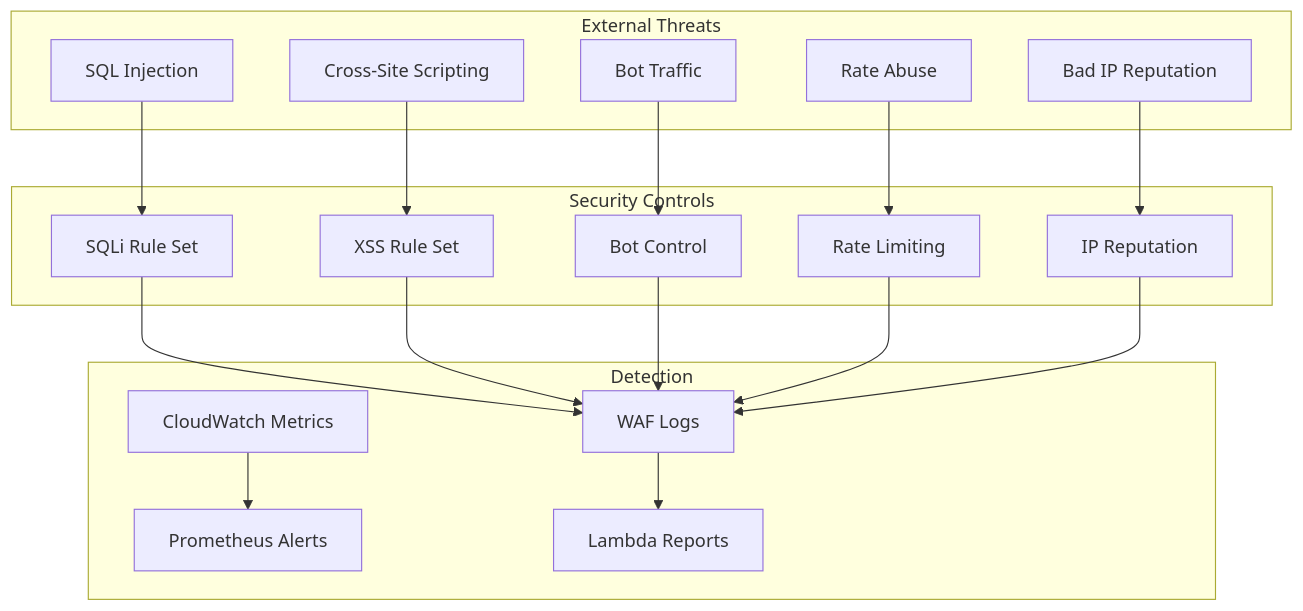
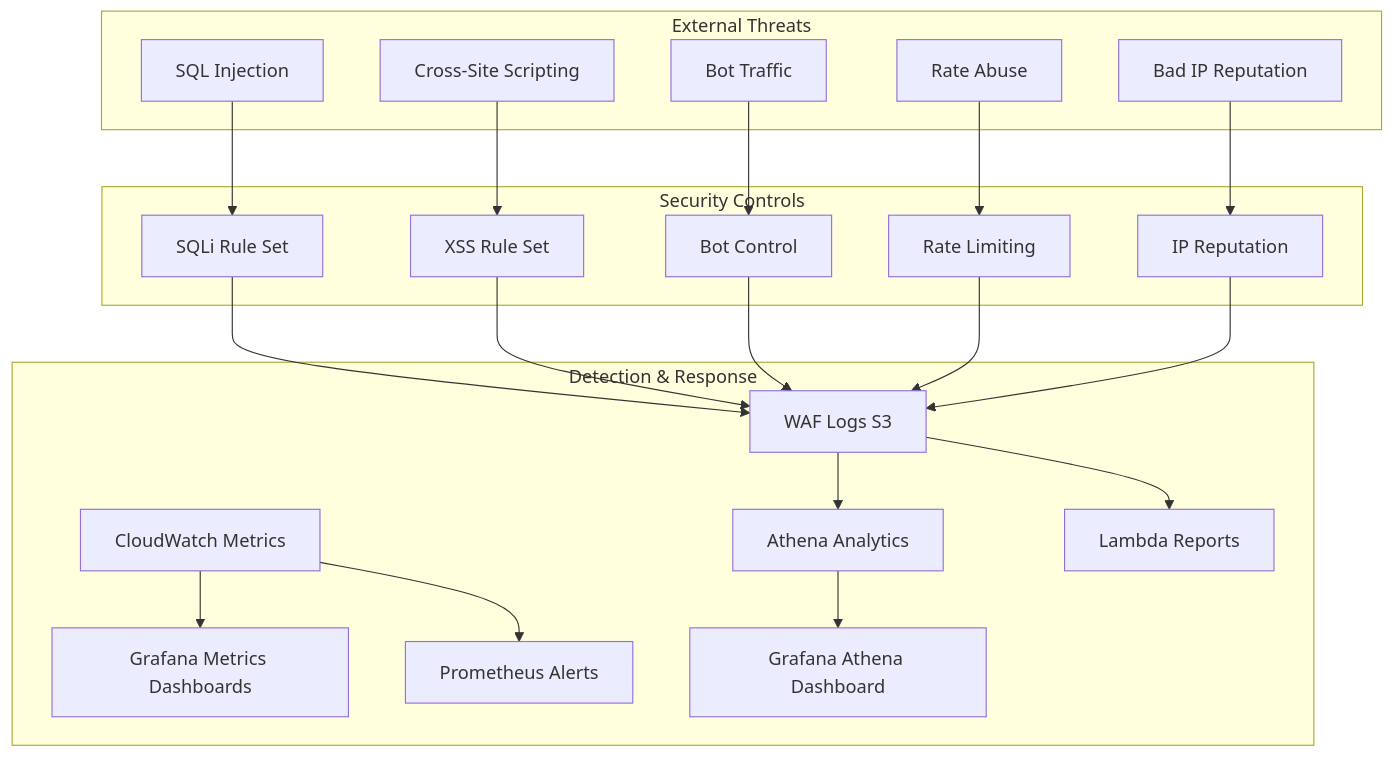
One commit to durgaprasadraju/aws-wafsecurity-monitoring changed the sixth of 7 diagrams in diagrams/architecture.md. Above: the diagram before and after it, drawn with Mermaid. The commit also changed other lines of this file and 19 other files, not shown here.

Commit message:
grafana athena dashboard

````diff
--- a/diagrams/architecture.md
+++ b/diagrams/architecture.md
@@ -113,38 +183,44 @@
 ```mermaid
 flowchart TD
     subgraph External["External Threats"]
         SQLi[SQL Injection]
         XSS[Cross-Site Scripting]
         Bot[Bot Traffic]
         DDoS[Rate Abuse]
         Reputation[Bad IP Reputation]
     end
 
     subgraph Controls["Security Controls"]
         WAF_R[SQLi Rule Set]
         WAF_X[XSS Rule Set]
         WAF_B[Bot Control]
         WAF_RL[Rate Limiting]
         WAF_IP[IP Reputation]
     end
 
-    subgraph Detection["Detection"]
-        Logs[WAF Logs]
+    subgraph Detection["Detection & Response"]
+        Logs[WAF Logs S3]
         Metrics[CloudWatch Metrics]
+        AthenaQ[Athena Analytics]
+        GrafM[Grafana Metrics Dashboards]
+        GrafA[Grafana Athena Dashboard]
         Alerts[Prometheus Alerts]
         Reports[Lambda Reports]
     end
 
     SQLi --> WAF_R
     XSS --> WAF_X
     Bot --> WAF_B
     DDoS --> WAF_RL
     Reputation --> WAF_IP
     WAF_R --> Logs
     WAF_X --> Logs
     WAF_B --> Logs
     WAF_RL --> Logs
     WAF_IP --> Logs
+    Logs --> AthenaQ
     Logs --> Reports
+    AthenaQ --> GrafA
+    Metrics --> GrafM
     Metrics --> Alerts
 ```
````
